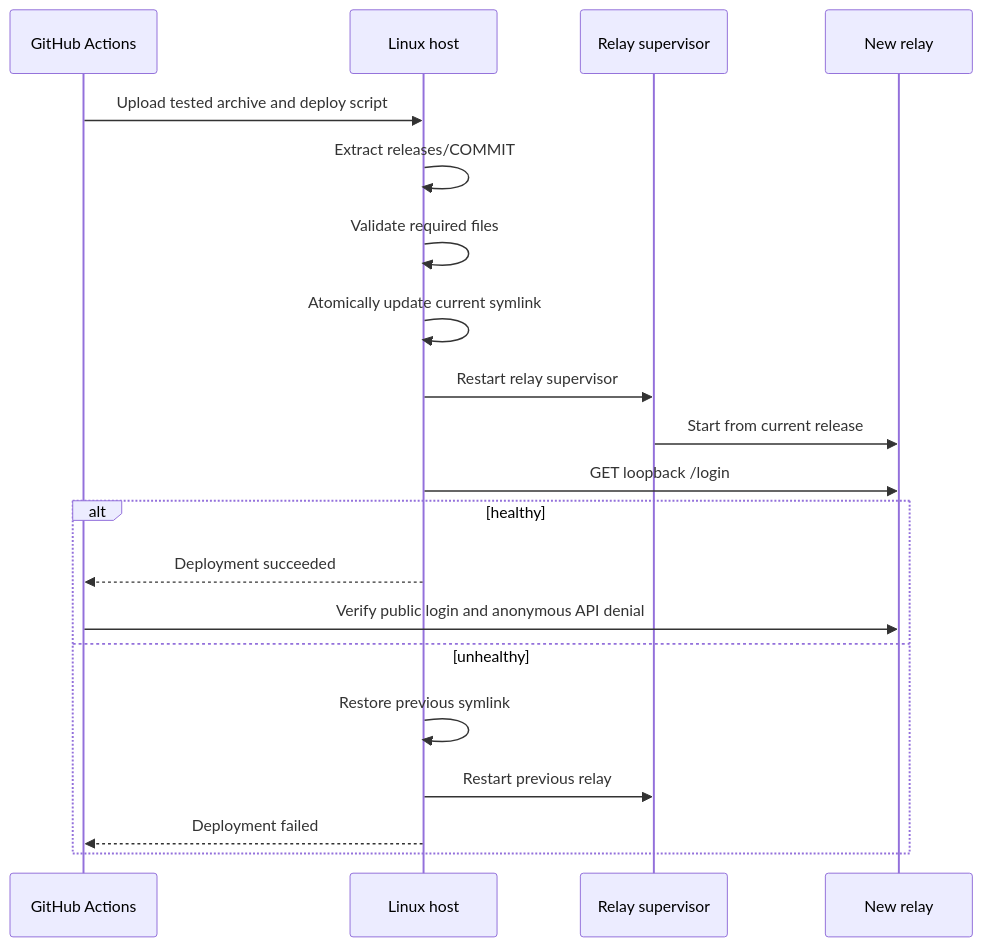
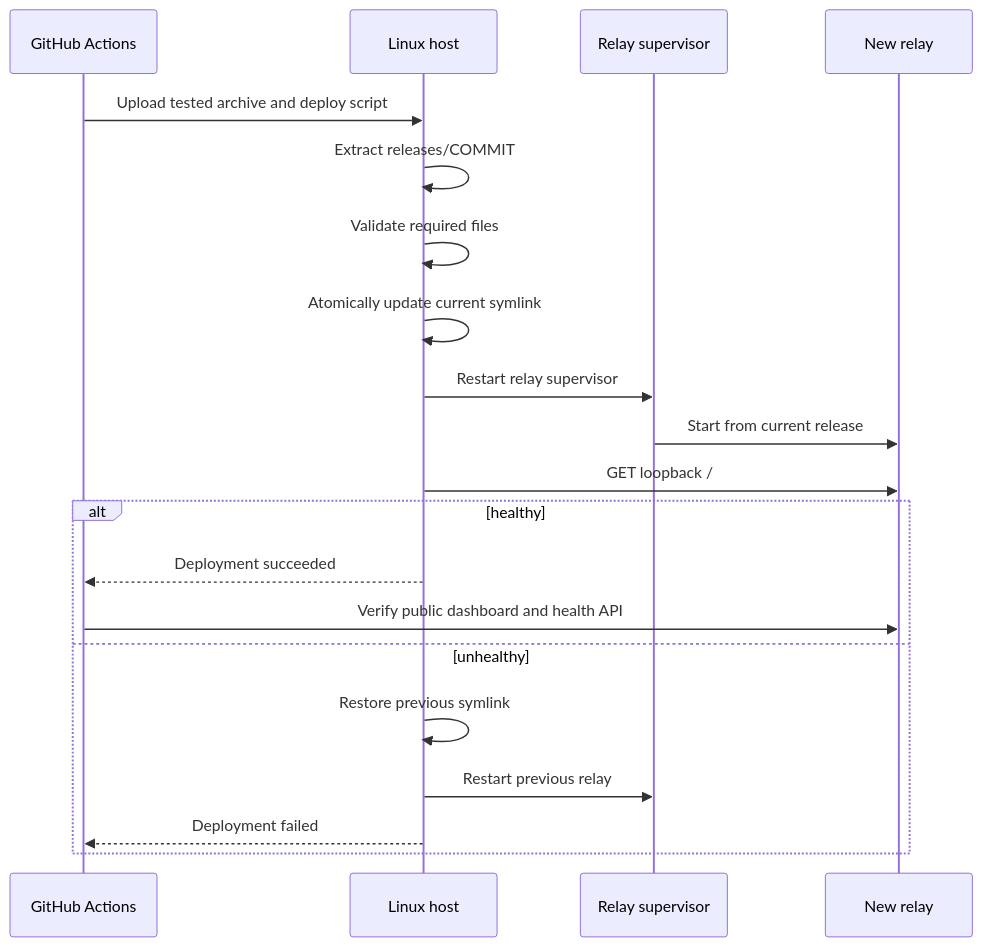
One commit to ramideltoro/antenna_observatory changed the second of 2 diagrams in wiki-site/docs/deployment.md. Above: the diagram before and after it, drawn with Mermaid. The commit also changed other lines of this file and 44 other files, not shown here.

````diff
--- a/wiki-site/docs/deployment.md
+++ b/wiki-site/docs/deployment.md
@@ -43,23 +43,23 @@
 ```mermaid
 sequenceDiagram
     participant GH as GitHub Actions
     participant Host as Linux host
     participant Sup as Relay supervisor
     participant App as New relay
 
     GH->>Host: Upload tested archive and deploy script
     Host->>Host: Extract releases/COMMIT
     Host->>Host: Validate required files
     Host->>Host: Atomically update current symlink
     Host->>Sup: Restart relay supervisor
     Sup->>App: Start from current release
-    Host->>App: GET loopback /login
+    Host->>App: GET loopback /
     alt healthy
       Host-->>GH: Deployment succeeded
-      GH->>App: Verify public login and anonymous API denial
+      GH->>App: Verify public dashboard and health API
     else unhealthy
       Host->>Host: Restore previous symlink
       Host->>Sup: Restart previous relay
       Host-->>GH: Deployment failed
     end
 ```
````
